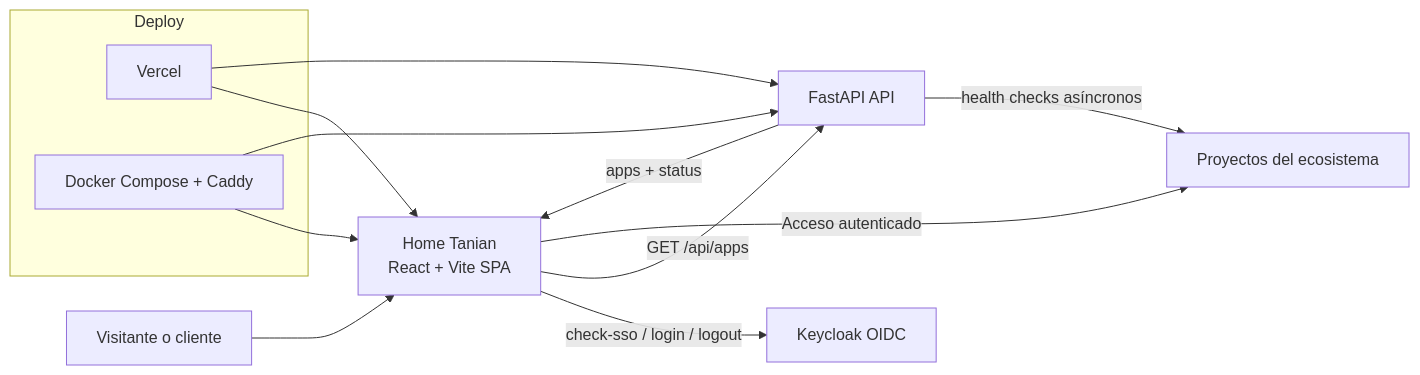
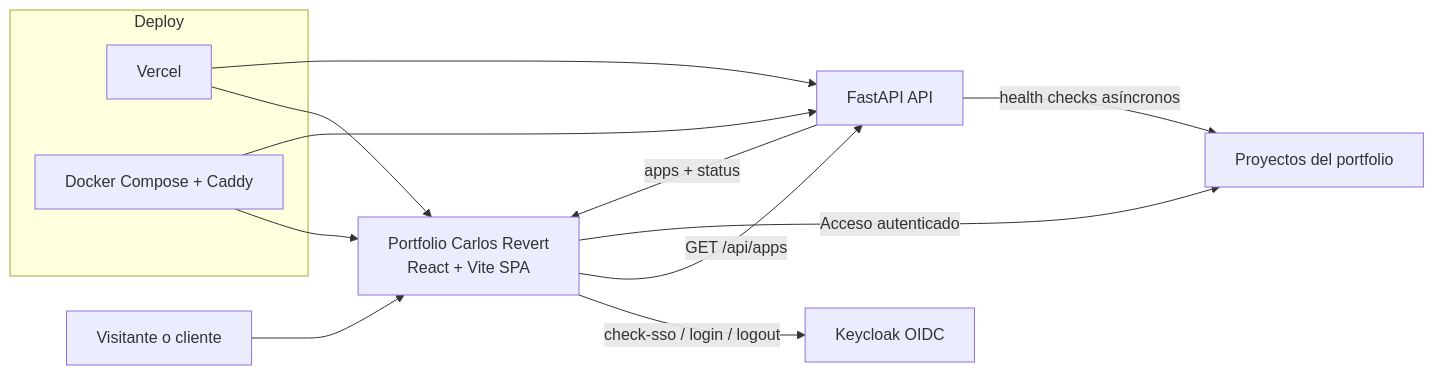
Before and after one commit to RevertDeveloper/HOME: the diagram in README.md, drawn with Mermaid. The commit also changed other lines of this file and 6 other files, not shown here.

Commit message:
Version Carlos Revert 1

````diff
--- a/README.md
+++ b/README.md
@@ -99,19 +96,19 @@
 ```mermaid
 flowchart LR
-		U[Visitante o cliente] --> W[Home Tanian<br/>React + Vite SPA]
+		U[Visitante o cliente] --> W[Portfolio Carlos Revert<br/>React + Vite SPA]
 		W -->|check-sso / login / logout| K[Keycloak OIDC]
 		W -->|GET /api/apps| A[FastAPI API]
-		A -->|health checks asíncronos| P[Proyectos del ecosistema]
+		A -->|health checks asíncronos| P[Proyectos del portfolio]
 		A -->|apps + status| W
 		W -->|Acceso autenticado| P
 
 		subgraph Deploy
 			V[Vercel]
 			D[Docker Compose + Caddy]
 		end
 
 		V --> W
 		V --> A
 		D --> W
 		D --> A
 ```
````
